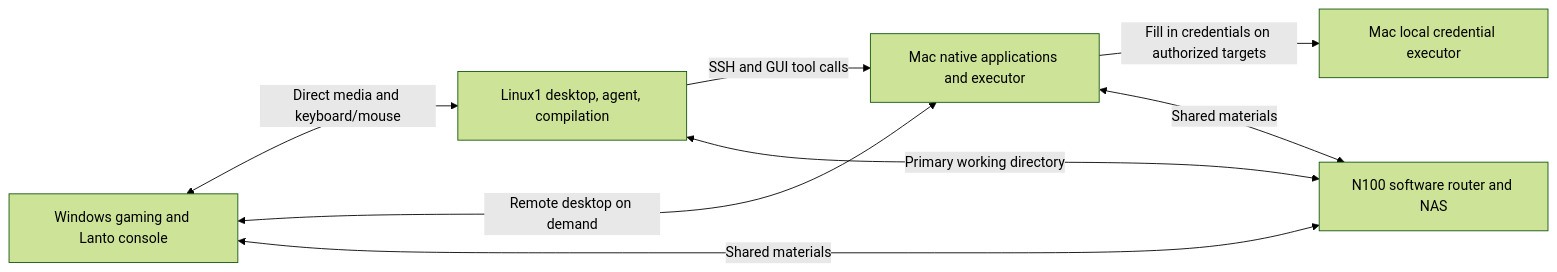
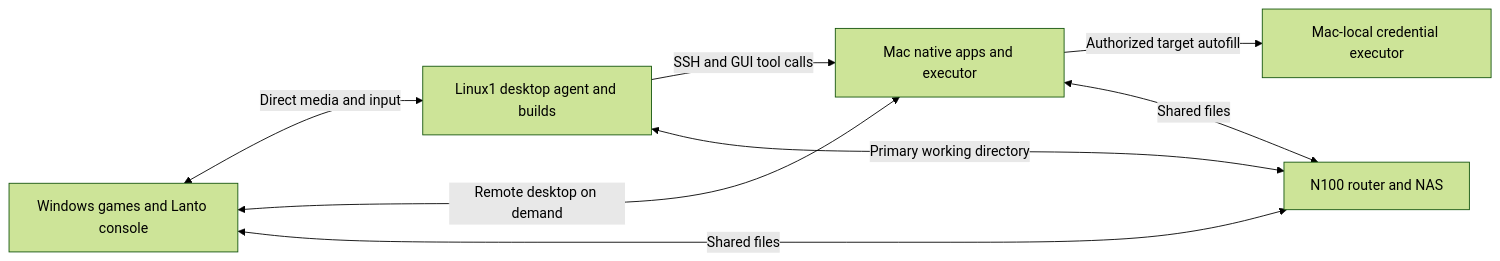
Before and after one commit to omaekumiko3-dev/Lanto: the diagram in docs/design.md, drawn with Mermaid (forest theme). The commit also changed other lines of this file and 50 other files, not shown here.

````diff
--- a/docs/design.md
+++ b/docs/design.md
@@ -31,15 +31,15 @@
 ```mermaid
 flowchart LR
-    W[Windows gaming and Lanto console]
-    L[Linux1 desktop, agent, compilation]
-    M[Mac native applications and executor]
-    N[N100 software router and NAS]
-    C[Mac local credential executor]
-    W <-->|Direct media and keyboard/mouse| L
+    W[Windows games and Lanto console]
+    L[Linux1 desktop agent and builds]
+    M[Mac native apps and executor]
+    N[N100 router and NAS]
+    C[Mac-local credential executor]
+    W <-->|Direct media and input| L
     W <-->|Remote desktop on demand| M
     L -->|SSH and GUI tool calls| M
-    M -->|Fill in credentials on authorized targets| C
+    M -->|Authorized target autofill| C
     L <-->|Primary working directory| N
-    W <-->|Shared materials| N
-    M <-->|Shared materials| N
+    W <-->|Shared files| N
+    M <-->|Shared files| N
 ```
````
